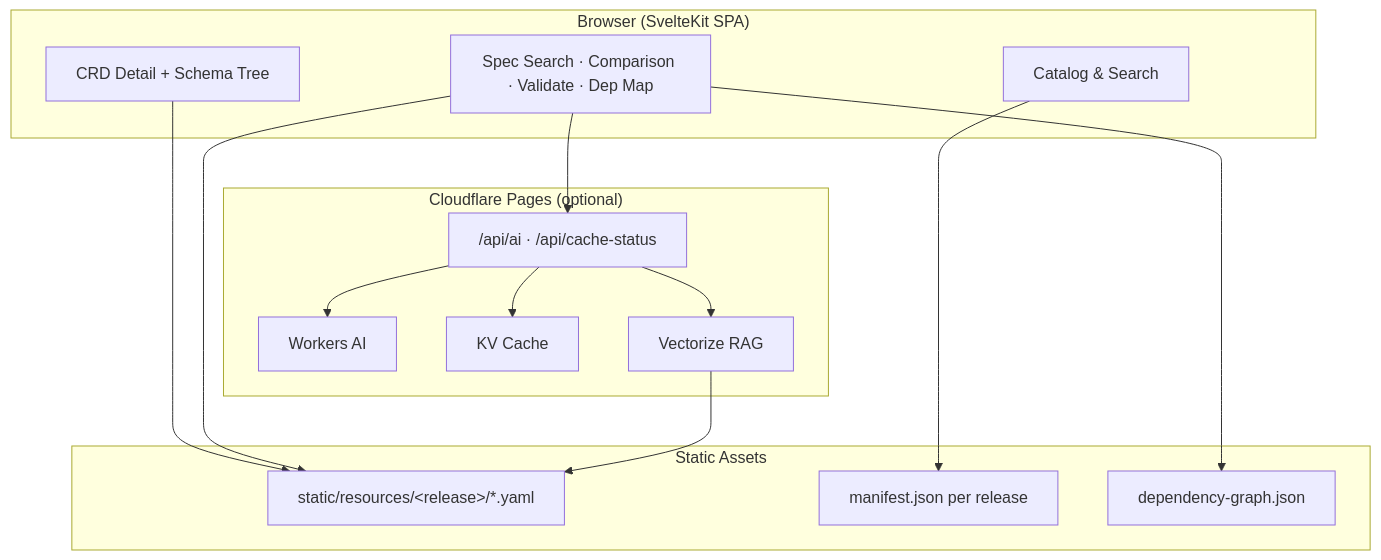
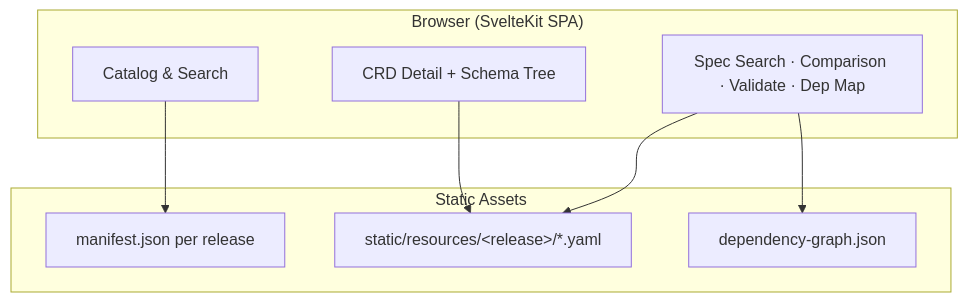
Before and after one commit to fullstopdev/resource-browser: the diagram in README.md, drawn with Mermaid. The commit also changed other lines of this file and 8 other files, not shown here.

````diff
--- a/README.md
+++ b/README.md
@@ -351,31 +228,19 @@
 ```mermaid
 flowchart TB
     subgraph Client["Browser (SvelteKit SPA)"]
         Catalog["Catalog & Search"]
         Detail["CRD Detail + Schema Tree"]
         Tools["Spec Search · Comparison · Validate · Dep Map"]
     end
 
     subgraph Static["Static Assets"]
         YAML["static/resources/&lt;release&gt;/*.yaml"]
         Manifest["manifest.json per release"]
         Graph["dependency-graph.json"]
     end
 
-    subgraph CF["Cloudflare Pages (optional)"]
-        API["/api/ai · /api/cache-status"]
-        AI["Workers AI"]
-        KV["KV Cache"]
-        VZ["Vectorize RAG"]
-    end
-
     Catalog --> Manifest
     Detail --> YAML
     Tools --> YAML
     Tools --> Graph
-    Tools --> API
-    API --> AI
-    API --> KV
-    API --> VZ
-    VZ --> YAML
 ```
````
